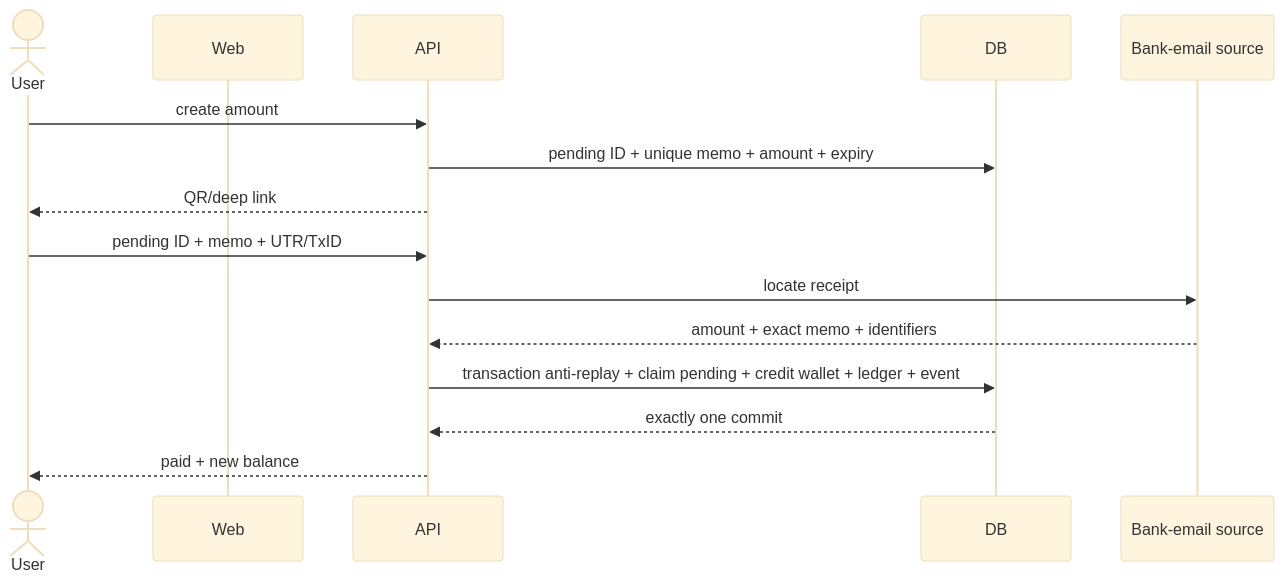
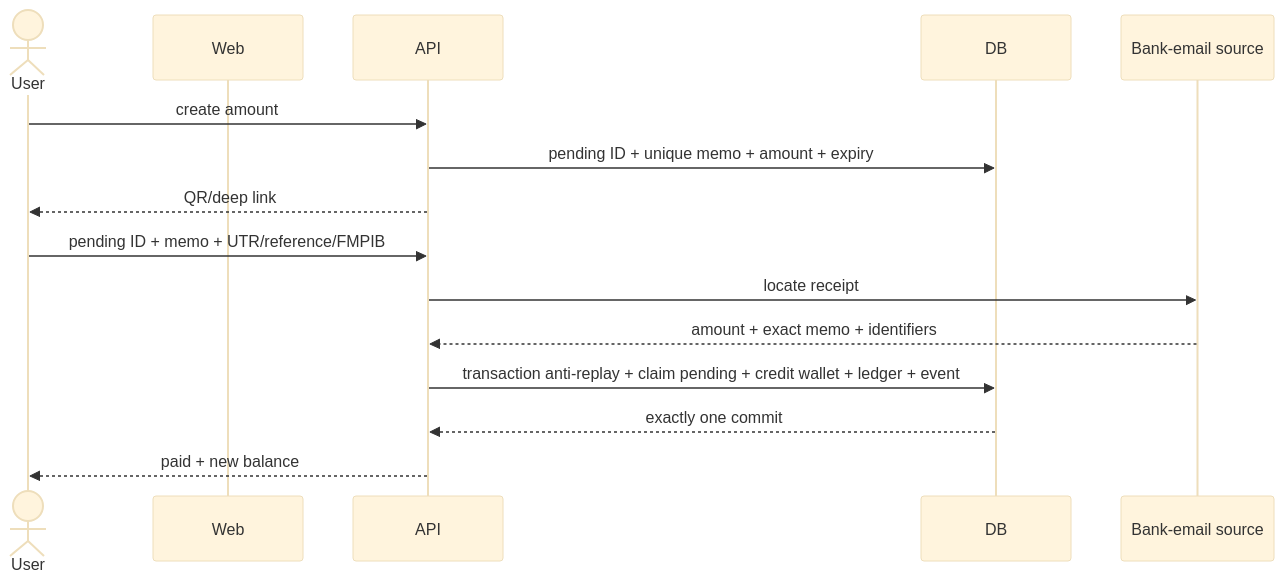
Before and after one commit to ExamCodesOfficial/SMM-UP: the fourth of 7 diagrams in architecture/full-architecture.md, drawn with Mermaid (base theme). The commit also changed other lines of this file and 11 other files, not shown here.

````diff
--- a/architecture/full-architecture.md
+++ b/architecture/full-architecture.md
@@ -135,17 +135,17 @@
 ```mermaid
 sequenceDiagram
   actor User
   participant Web
   participant API
   participant DB
   participant Mail as Bank-email source
   User->>API: create amount
   API->>DB: pending ID + unique memo + amount + expiry
   API-->>User: QR/deep link
-  User->>API: pending ID + memo + UTR/TxID
+  User->>API: pending ID + memo + UTR/reference/FMPIB
   API->>Mail: locate receipt
   Mail-->>API: amount + exact memo + identifiers
   API->>DB: transaction anti-replay + claim pending + credit wallet + ledger + event
   DB-->>API: exactly one commit
   API-->>User: paid + new balance
 ```
````
